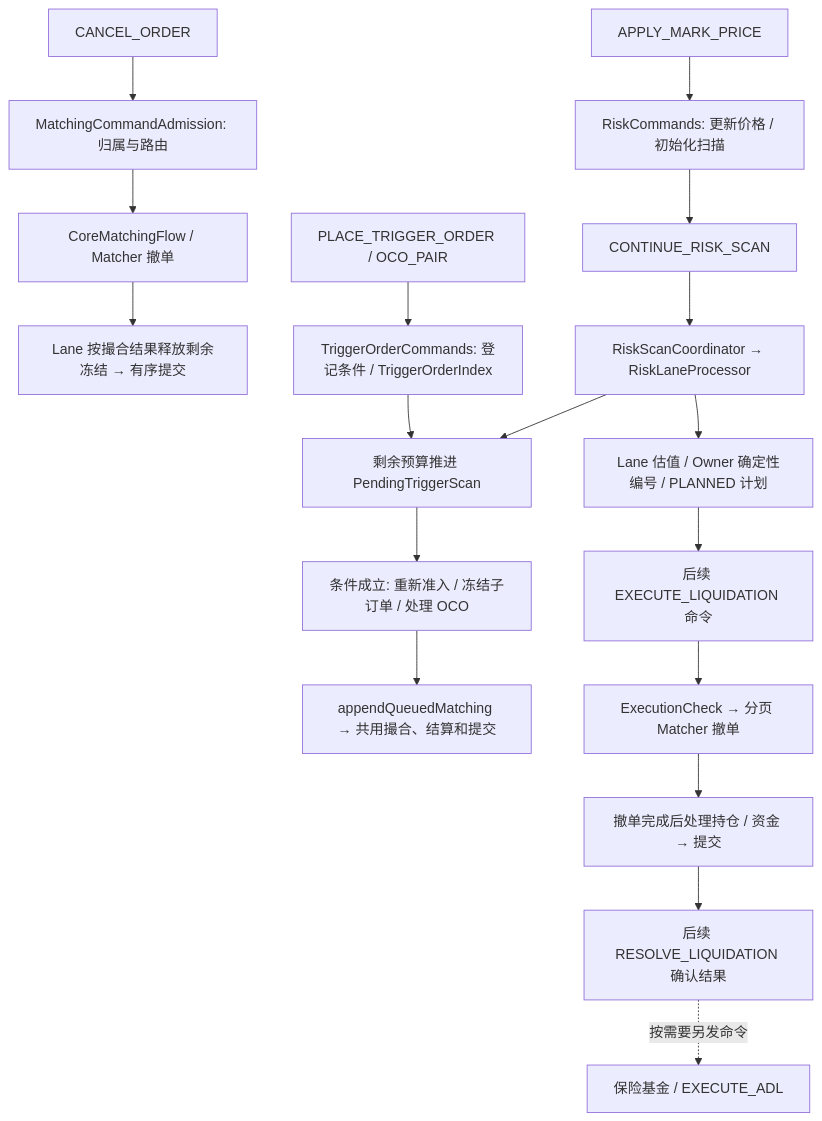
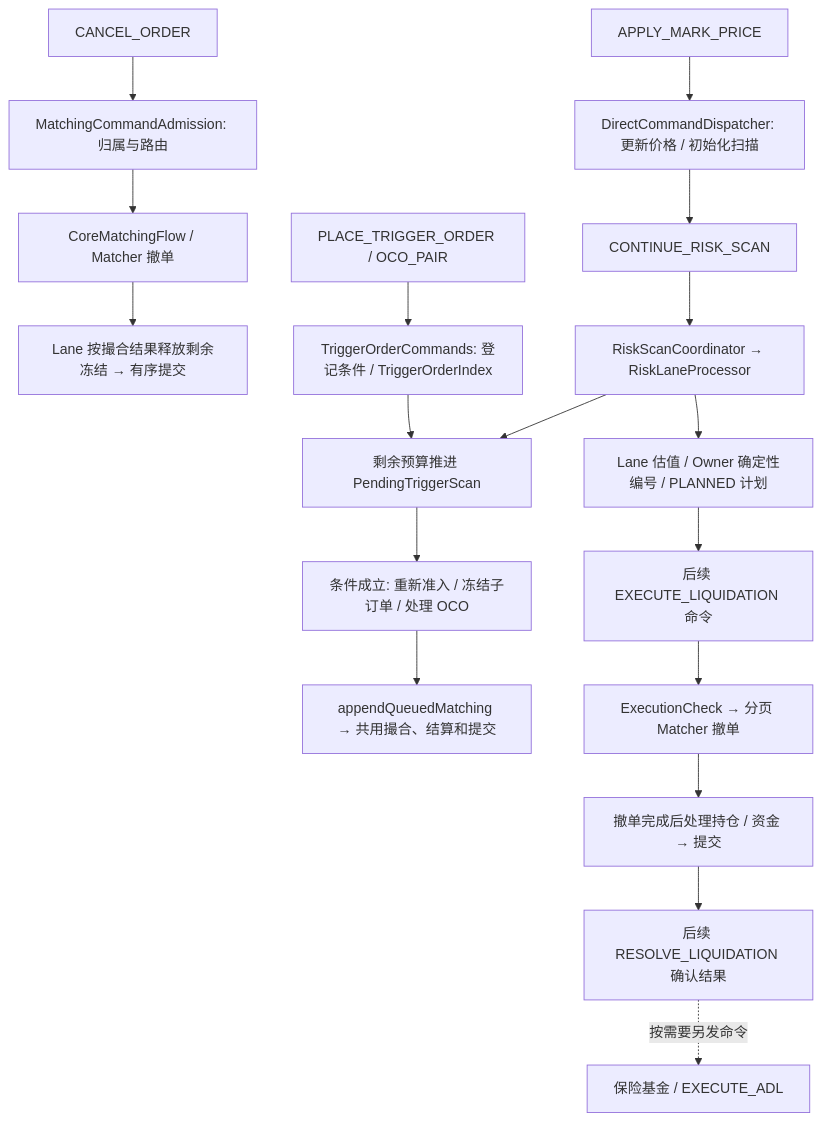
One commit to lilaizhencn/surprising-ex changed the fifth of 6 diagrams in surprising-aeron-core/surprising-aeron-service/README.md. Above: the diagram before and after it, drawn with Mermaid. The commit also changed other lines of this file and 151 other files, not shown here.

````diff
--- a/surprising-aeron-core/surprising-aeron-service/README.md
+++ b/surprising-aeron-core/surprising-aeron-service/README.md
@@ -517,20 +525,20 @@
 ```mermaid
 flowchart TD
     C[CANCEL_ORDER] --> CA[MatchingCommandAdmission: 归属与路由]
     CA --> CM[CoreMatchingFlow / Matcher 撤单]
     CM --> CS[Lane 按撮合结果释放剩余冻结 → 有序提交]
     T[PLACE_TRIGGER_ORDER / OCO_PAIR] --> TS[TriggerOrderCommands: 登记条件 / TriggerOrderIndex]
-    P[APPLY_MARK_PRICE] --> R[RiskCommands: 更新价格 / 初始化扫描]
+    P[APPLY_MARK_PRICE] --> R[DirectCommandDispatcher: 更新价格 / 初始化扫描]
     N[CONTINUE_RISK_SCAN] --> RC[RiskScanCoordinator → RiskLaneProcessor]
     R --> N
     RC --> LP[Lane 估值 / Owner 确定性编号 / PLANNED 计划]
     RC --> TC[剩余预算推进 PendingTriggerScan]
     TS --> TC
     TC --> TA[条件成立: 重新准入 / 冻结子订单 / 处理 OCO]
     TA --> TM[appendQueuedMatching → 共用撮合、结算和提交]
     LP --> LE[后续 EXECUTE_LIQUIDATION 命令]
     LE --> LC[ExecutionCheck → 分页 Matcher 撤单]
     LC --> LR[撤单完成后处理持仓 / 资金 → 提交]
     LR --> LF[后续 RESOLVE_LIQUIDATION 确认结果]
     LF -.按需要另发命令.-> I[保险基金 / EXECUTE_ADL]
 ```
````
